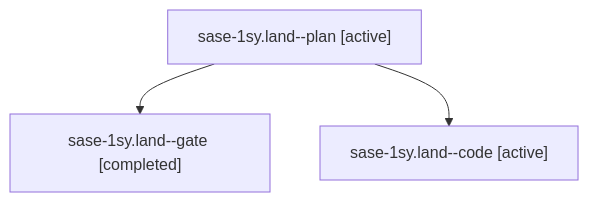
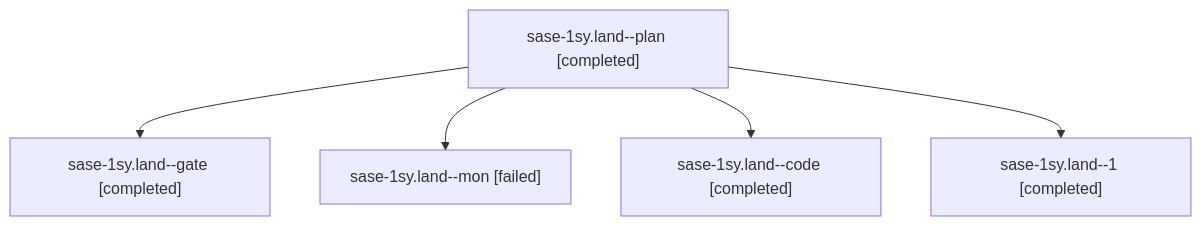
Before and after one commit to sase-org/sase--agents: the diagram in sessions/bbugyi200.athena.sase-1sy.land.md, drawn with Mermaid. The commit also changed other lines of this file and 35 other files, not shown here.

````diff
--- a/sessions/bbugyi200.athena.sase-1sy.land.md
+++ b/sessions/bbugyi200.athena.sase-1sy.land.md
@@ -9,8 +9,12 @@
 ```mermaid
 flowchart TD
-  n0["sase-1sy.land--plan [active]"]
+  n0["sase-1sy.land--plan [completed]"]
   n1["sase-1sy.land--gate [completed]"]
   n0 --> n1
-  n2["sase-1sy.land--code [active]"]
+  n2["sase-1sy.land--mon [failed]"]
   n0 --> n2
+  n3["sase-1sy.land--code [completed]"]
+  n0 --> n3
+  n4["sase-1sy.land--1 [completed]"]
+  n0 --> n4
 ```
````
